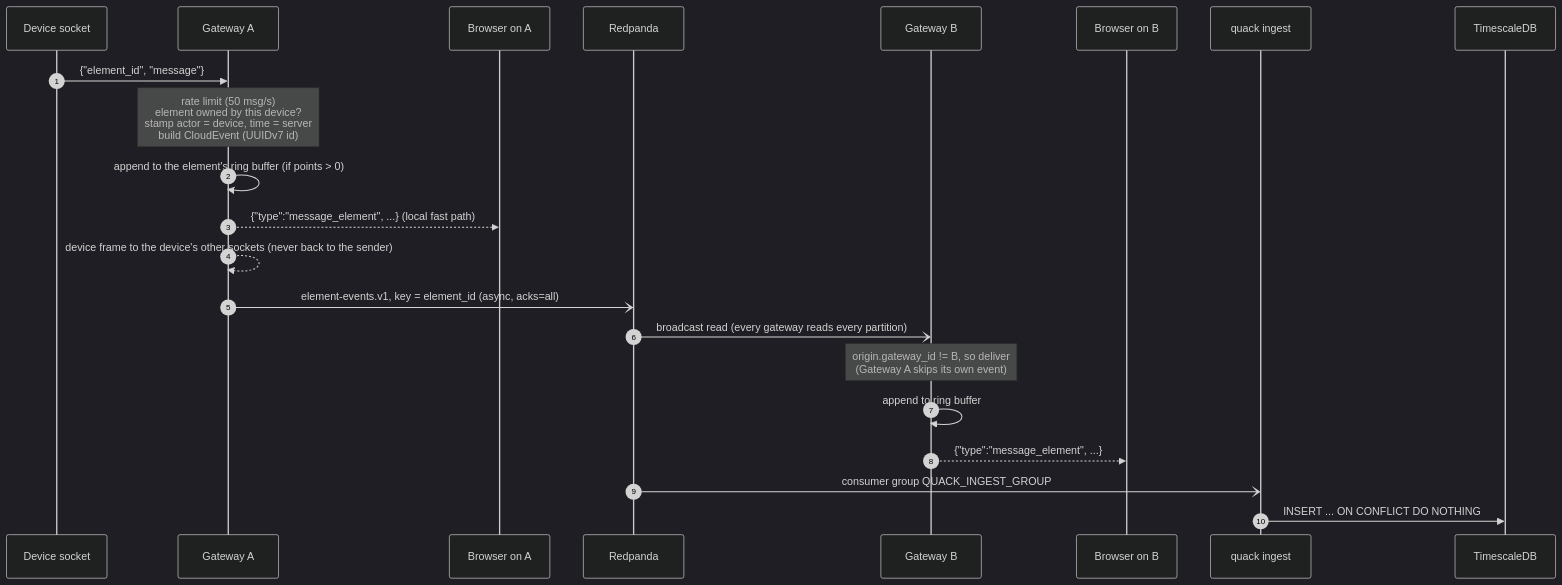
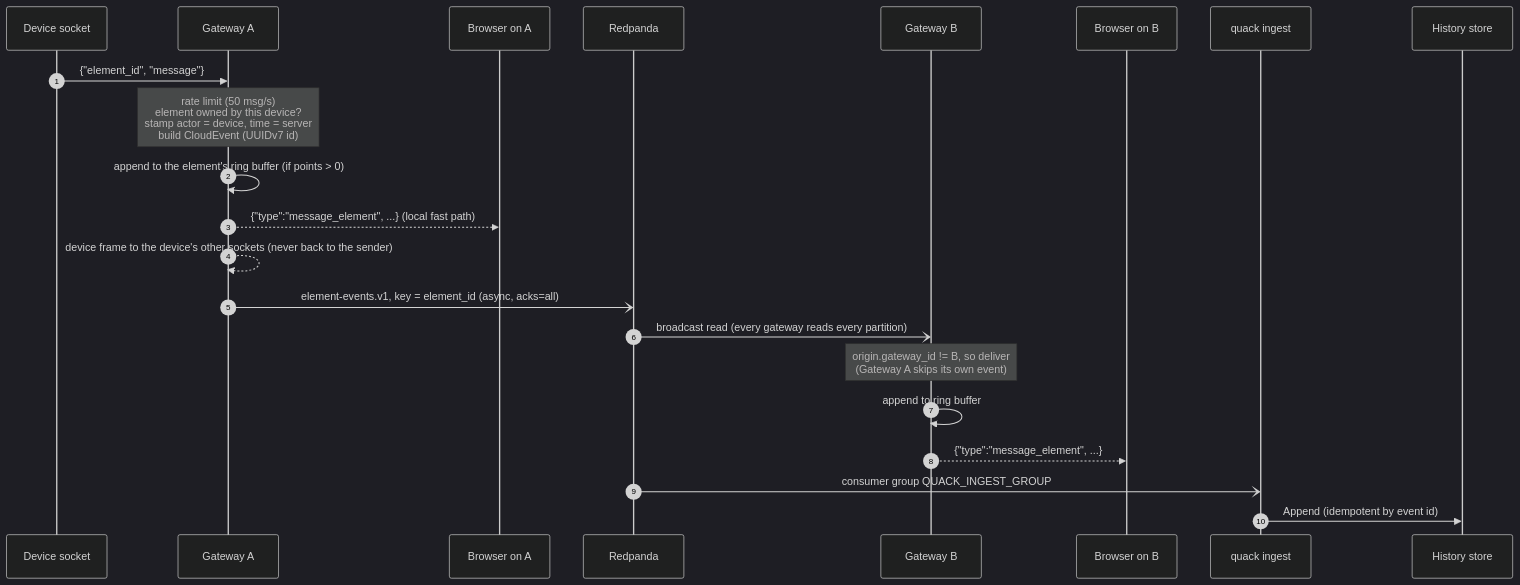
The second of 6 diagrams in docs/02_architecture.md (taha2samy-3/qauk-qauk), drawn with Mermaid (dark theme) before and after one commit. The commit also changed other lines of this file and 5 other files, not shown here.

````diff
--- a/docs/02_architecture.md
+++ b/docs/02_architecture.md
@@ -57,25 +61,25 @@
 ```mermaid
 sequenceDiagram
   autonumber
   participant Dev as Device socket
   participant GA as Gateway A
   participant BA as Browser on A
   participant RP as Redpanda
   participant GB as Gateway B
   participant BB as Browser on B
   participant IN as quack ingest
-  participant PG as TimescaleDB
+  participant H as History store
 
   Dev->>GA: {"element_id", "message"}
   Note over GA: rate limit (50 msg/s)<br/>element owned by this device?<br/>stamp actor = device, time = server<br/>build CloudEvent (UUIDv7 id)
   GA->>GA: append to the element's ring buffer (if points > 0)
   GA-->>BA: {"type":"message_element", ...} (local fast path)
   GA-->>GA: device frame to the device's other sockets (never back to the sender)
   GA-)RP: element-events.v1, key = element_id (async, acks=all)
   RP-)GB: broadcast read (every gateway reads every partition)
   Note over GB: origin.gateway_id != B, so deliver<br/>(Gateway A skips its own event)
   GB->>GB: append to ring buffer
   GB-->>BB: {"type":"message_element", ...}
   RP-)IN: consumer group QUACK_INGEST_GROUP
-  IN->>PG: INSERT ... ON CONFLICT DO NOTHING
+  IN->>H: Append (idempotent by event id)
 ```
````
